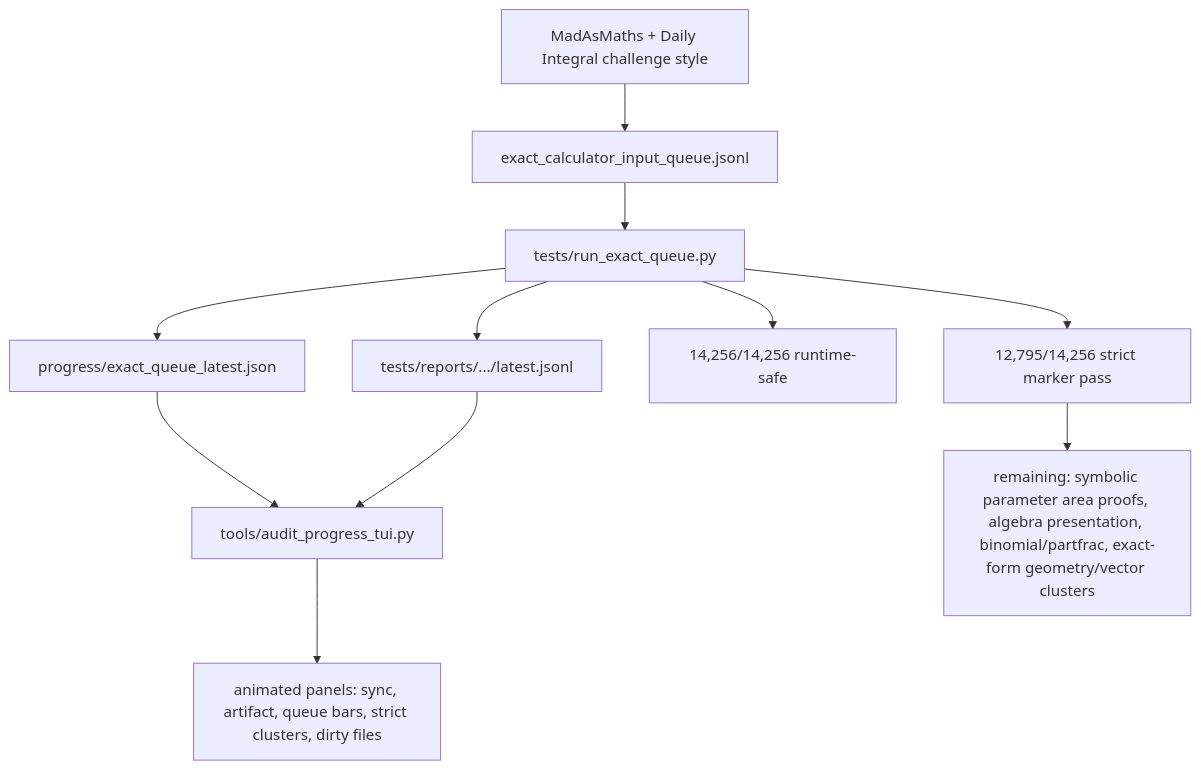
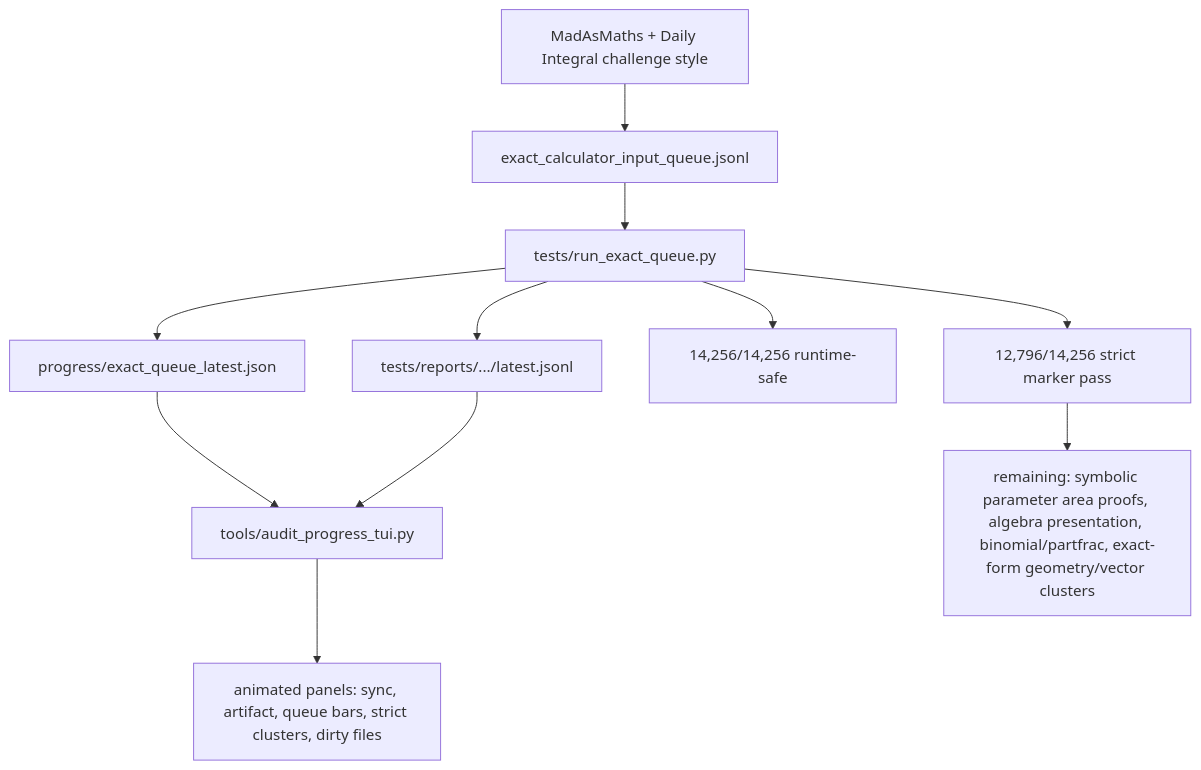
One commit to james8464/notes-addin-casio-fx-cg50 changed the fifth of 6 diagrams in docs/GRAPH.md. Above: the diagram before and after it, drawn with Mermaid. The commit also changed other lines of this file and 4 other files, not shown here.

````diff
--- a/docs/GRAPH.md
+++ b/docs/GRAPH.md
@@ -58,13 +60,13 @@
 ```mermaid
 graph TD
   Online["MadAsMaths + Daily Integral challenge style"] --> Queue["exact_calculator_input_queue.jsonl"]
   Queue --> Runner["tests/run_exact_queue.py"]
   Runner --> Live["progress/exact_queue_latest.json"]
   Runner --> Report["tests/reports/.../latest.jsonl"]
   Live --> TUI["tools/audit_progress_tui.py"]
   Report --> TUI
   TUI --> Panels["animated panels: sync, artifact, queue bars, strict clusters, dirty files"]
   Runner --> Runtime["14,256/14,256 runtime-safe"]
-  Runner --> Strict["12,795/14,256 strict marker pass"]
+  Runner --> Strict["12,796/14,256 strict marker pass"]
   Strict --> Remaining["remaining: symbolic parameter area proofs, algebra presentation, binomial/partfrac, exact-form geometry/vector clusters"]
 ```
````
